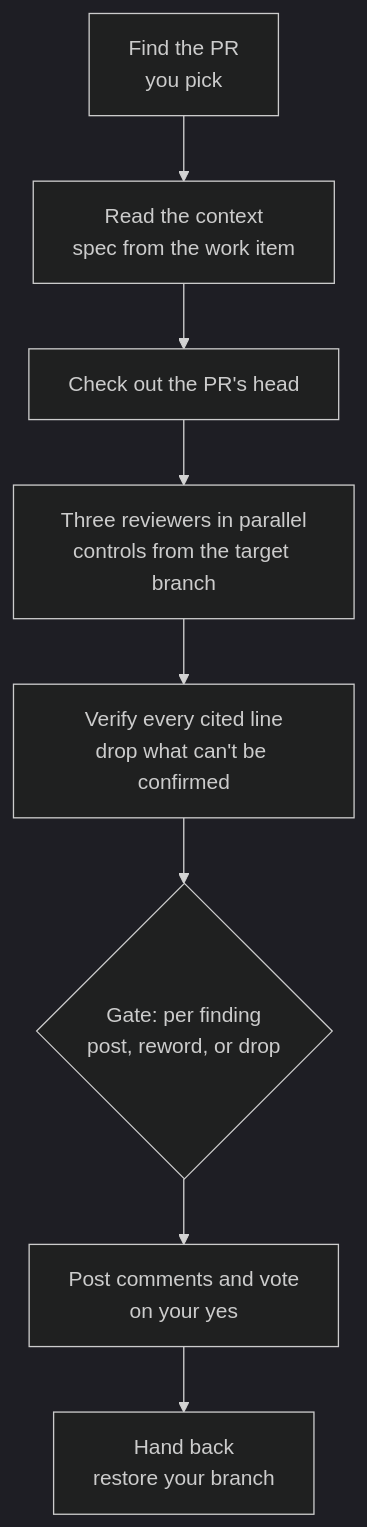
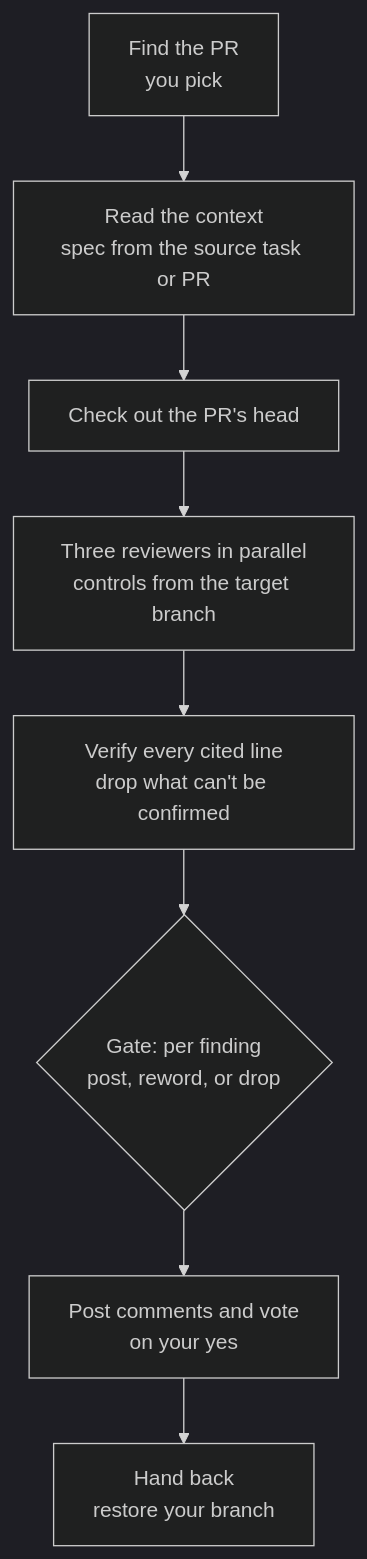
The fourth of 6 diagrams in docs/workflows.md (aiagentkit-labs/agentic-dev-kit), drawn with Mermaid (dark theme) before and after one commit. The commit also changed other lines of this file and 22 other files, not shown here.

````diff
--- a/docs/workflows.md
+++ b/docs/workflows.md
@@ -70,10 +70,10 @@
 ```mermaid
 flowchart TD
-  F[Find the PR<br/>you pick] --> C[Read the context<br/>spec from the work item]
+  F[Find the PR<br/>you pick] --> C[Read the context<br/>spec from the source task or PR]
   C --> H[Check out the PR's head]
   H --> R[Three reviewers in parallel<br/>controls from the target branch]
   R --> V[Verify every cited line<br/>drop what can't be confirmed]
   V --> S{Gate: per finding<br/>post, reword, or drop}
   S --> P[Post comments and vote<br/>on your yes]
   P --> B[Hand back<br/>restore your branch]
 ```
````
